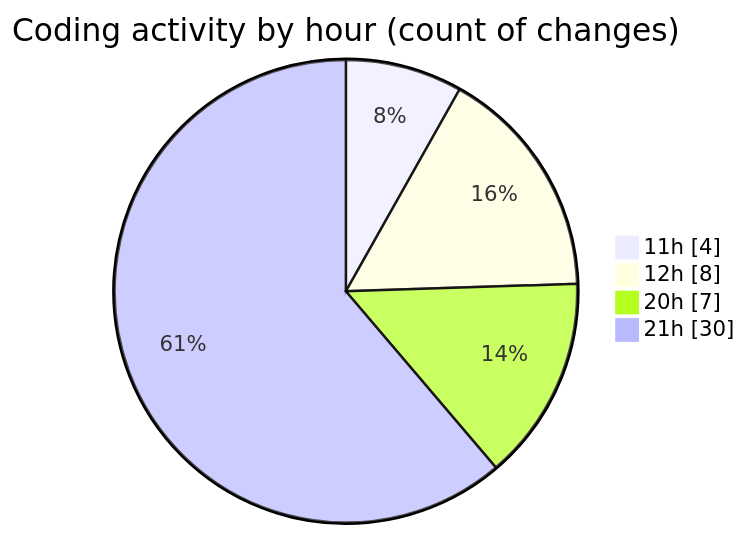
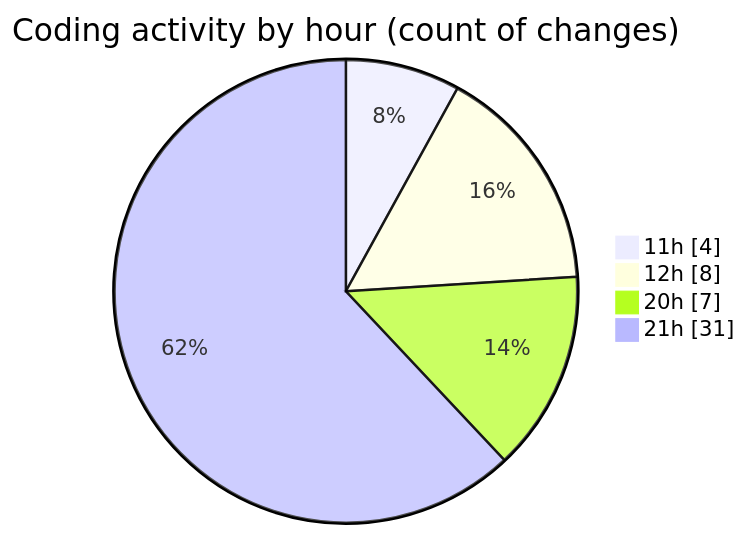
One commit to nxtqubesakshisongat/code-tracking changed the second of 2 diagrams in 2025-10-24/javacript/README.md. Above: the diagram before and after it, drawn with Mermaid. The commit also changed other lines of this file and 1 other file, not shown here.

````diff
--- a/2025-10-24/javacript/README.md
+++ b/2025-10-24/javacript/README.md
@@ -28,8 +28,8 @@
 ```mermaid
 pie showData
 title Coding activity by hour (count of changes)
 "11h" : 4
 "12h" : 8
 "20h" : 7
-"21h" : 30
+"21h" : 31
 ```
````
